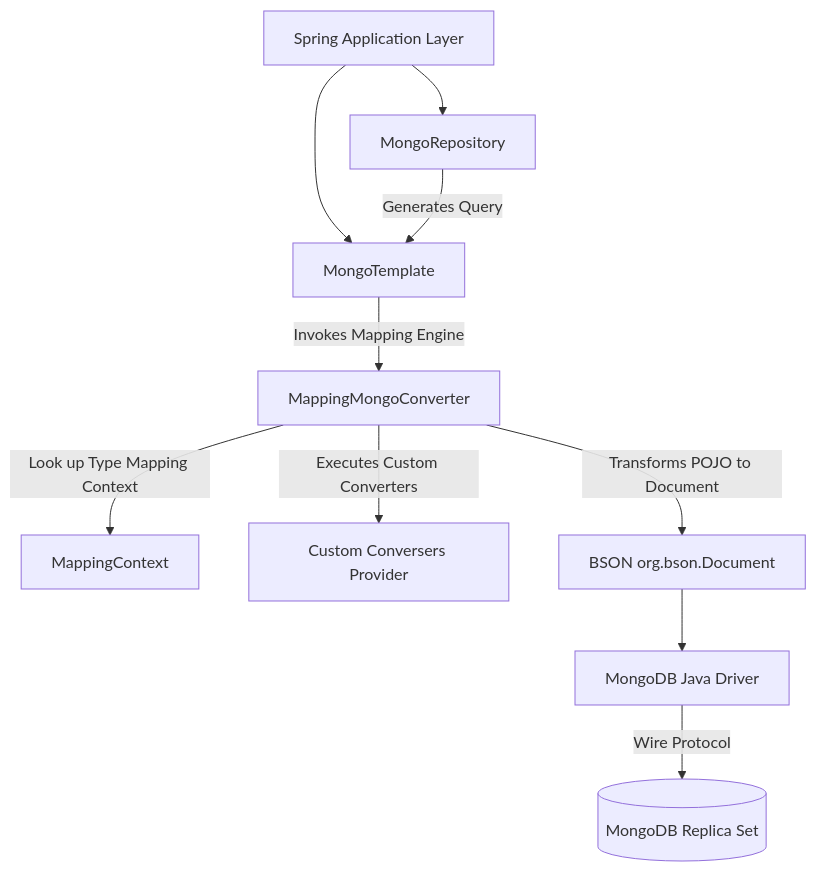
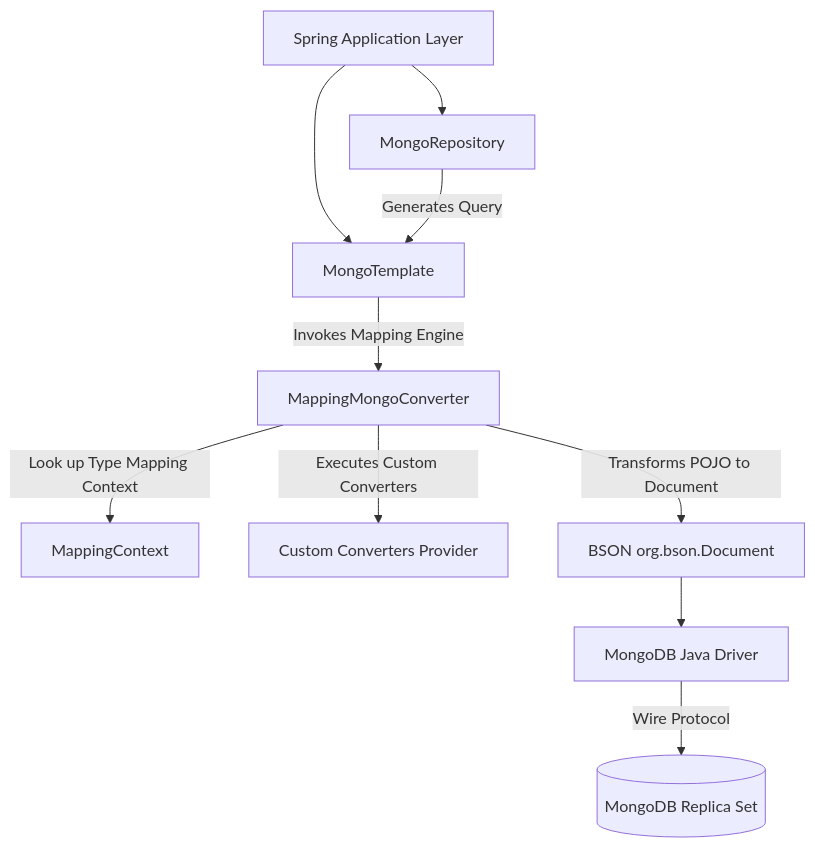
One commit to BaoTo12/learning-repo changed the diagram in courses/spring-mongodb-mastery/modules/01-spring-data-mongodb-fundamentals.md. Above: the diagram before and after it, drawn with Mermaid. The commit also changed other lines of this file and 598 other files, not shown here.

````diff
--- a/courses/spring-mongodb-mastery/modules/01-spring-data-mongodb-fundamentals.md
+++ b/courses/spring-mongodb-mastery/modules/01-spring-data-mongodb-fundamentals.md
@@ -196,12 +27,12 @@
 ```mermaid
 graph TD
     A[Spring Application Layer] --> B[MongoRepository]
     A --> C[MongoTemplate]
     B -->|Generates Query| C
     C -->|Invokes Mapping Engine| D[MappingMongoConverter]
     D -->|Look up Type Mapping Context| E[MappingContext]
-    D -->|Executes Custom Converters| F[Custom Conversers Provider]
+    D -->|Executes Custom Converters| F[Custom Converters Provider]
     D -->|Transforms POJO to Document| G[BSON org.bson.Document]
     G --> H[MongoDB Java Driver]
     H -->|Wire Protocol| I[(MongoDB Replica Set)]
 ```
````
